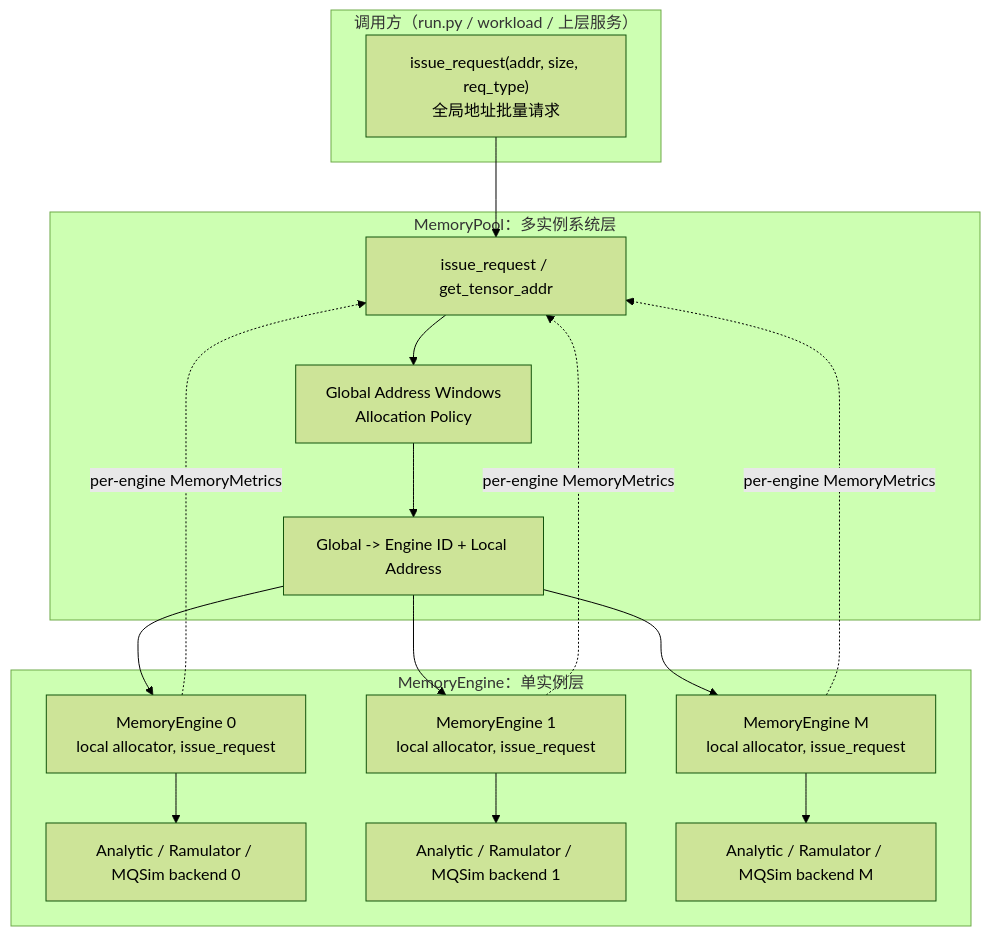
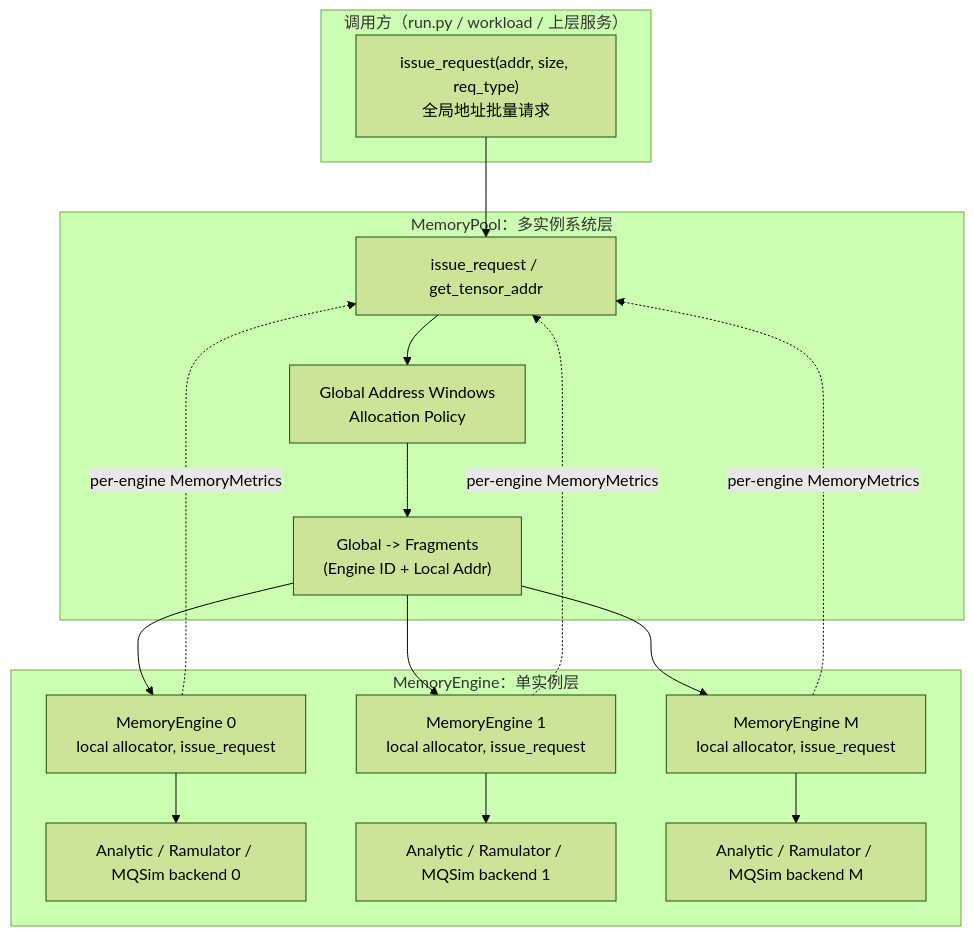
The diagram in docs/multi_instance_design.md (BeachBoyPesci/storage_mem_sim), drawn with Mermaid (forest theme) before and after one commit. The commit also changed other lines of this file and 15 other files, not shown here.

````diff
--- a/docs/multi_instance_design.md
+++ b/docs/multi_instance_design.md
@@ -57,36 +57,36 @@
 ```mermaid
 flowchart TB
     subgraph CALLER["调用方（run.py / workload / 上层服务）"]
         REQ["issue_request(addr, size, req_type)<br/>全局地址批量请求"]
     end
 
     subgraph POOL_LAYER["MemoryPool：多实例系统层"]
         API["issue_request / get_tensor_addr"]
         ADDR["Global Address Windows<br/>Allocation Policy"]
-        ROUTER["Global -> Engine ID + Local Address"]
+        ROUTER["Global -> Fragments<br/>(Engine ID + Local Addr)"]
         API --> ADDR
         ADDR --> ROUTER
     end
 
     subgraph ENGINE_LAYER["MemoryEngine：单实例层"]
         E0["MemoryEngine 0<br/>local allocator, issue_request"]
         E1["MemoryEngine 1<br/>local allocator, issue_request"]
         EM["MemoryEngine M<br/>local allocator, issue_request"]
 
         B0["Analytic / Ramulator / MQSim backend 0"]
         B1["Analytic / Ramulator / MQSim backend 1"]
         BM["Analytic / Ramulator / MQSim backend M"]
 
         E0 --> B0
         E1 --> B1
         EM --> BM
     end
 
     REQ --> API
     ROUTER --> E0
     ROUTER --> E1
     ROUTER --> EM
     E0 -.->|per-engine MemoryMetrics| API
     E1 -.->|per-engine MemoryMetrics| API
     EM -.->|per-engine MemoryMetrics| API
 ```
````
